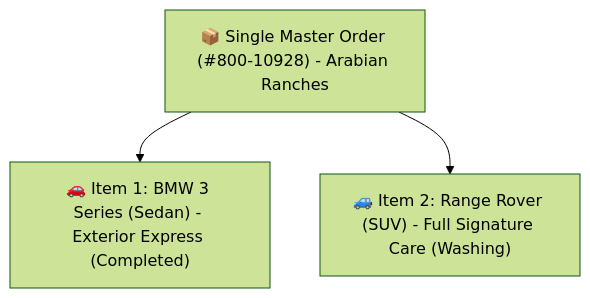
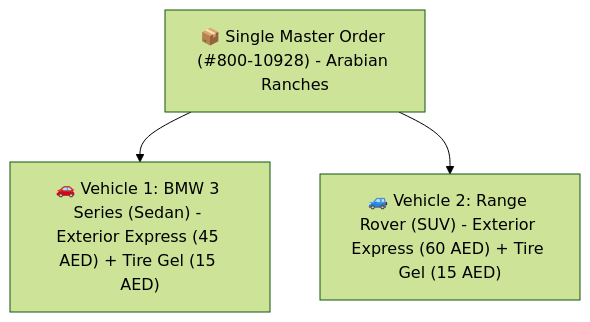
The first of 2 diagrams in docs/business/multi-car.md (fsdevriver/800-doc), drawn with Mermaid (forest theme) before and after one commit. The commit also changed other lines of this file and 3 other files, not shown here.

````diff
--- a/docs/business/multi-car.md
+++ b/docs/business/multi-car.md
@@ -11,10 +11,10 @@
 ```mermaid
 graph TD
     ORDER["📦 Single Master Order (#800-10928) - Arabian Ranches"]
     
-    ITEM1["🚗 Item 1: BMW 3 Series (Sedan) - Exterior Express (Completed)"]
-    ITEM2["🚙 Item 2: Range Rover (SUV) - Full Signature Care (Washing)"]
+    ITEM1["🚗 Vehicle 1: BMW 3 Series (Sedan) - Exterior Express (45 AED) + Tire Gel (15 AED)"]
+    ITEM2["🚙 Vehicle 2: Range Rover (SUV) - Exterior Express (60 AED) + Tire Gel (15 AED)"]
 
     ORDER --> ITEM1
     ORDER --> ITEM2
 ```
````
